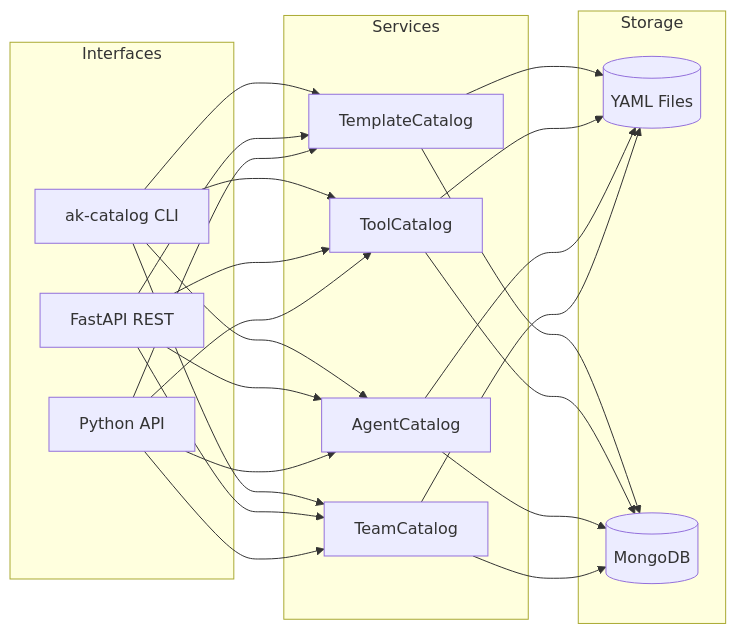
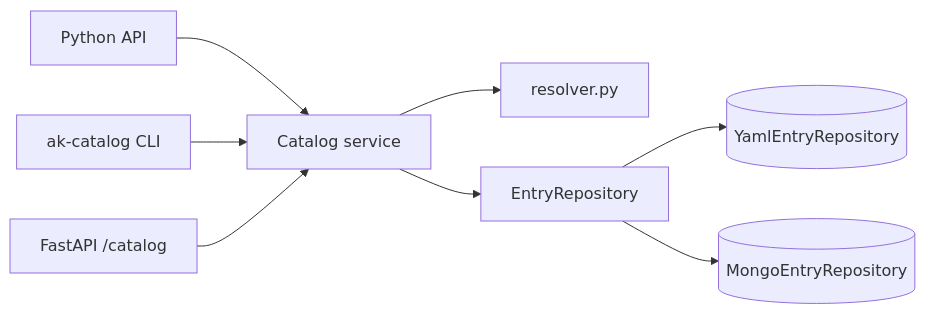
The diagram in README.md (b12consulting/akgentic-catalog), drawn with Mermaid before and after one commit. The commit also changed other lines of this file and 19 other files, not shown here.

````diff
--- a/README.md
+++ b/README.md
@@ -44,23 +154,10 @@
 ```mermaid
 flowchart LR
-    subgraph Interfaces
-        CLI[ak-catalog CLI]
-        API[FastAPI REST]
-        PY[Python API]
-    end
-    subgraph Services
-        TC[TemplateCatalog]
-        OC[ToolCatalog]
-        AC[AgentCatalog]
-        MC[TeamCatalog]
-    end
-    subgraph Storage
-        YAML[(YAML Files)]
-        MONGO[(MongoDB)]
-    end
-    CLI --> TC & OC & AC & MC
-    API --> TC & OC & AC & MC
-    PY --> TC & OC & AC & MC
-    TC & OC & AC & MC --> YAML
-    TC & OC & AC & MC --> MONGO
+    PY[Python API] --> CAT
+    CLI[ak-catalog CLI] --> CAT
+    API[FastAPI /catalog] --> CAT
+    CAT[Catalog service] --> RES[resolver.py]
+    CAT --> REPO[EntryRepository]
+    REPO --> YAML[(YamlEntryRepository)]
+    REPO --> MONGO[(MongoEntryRepository)]
 ```
````
